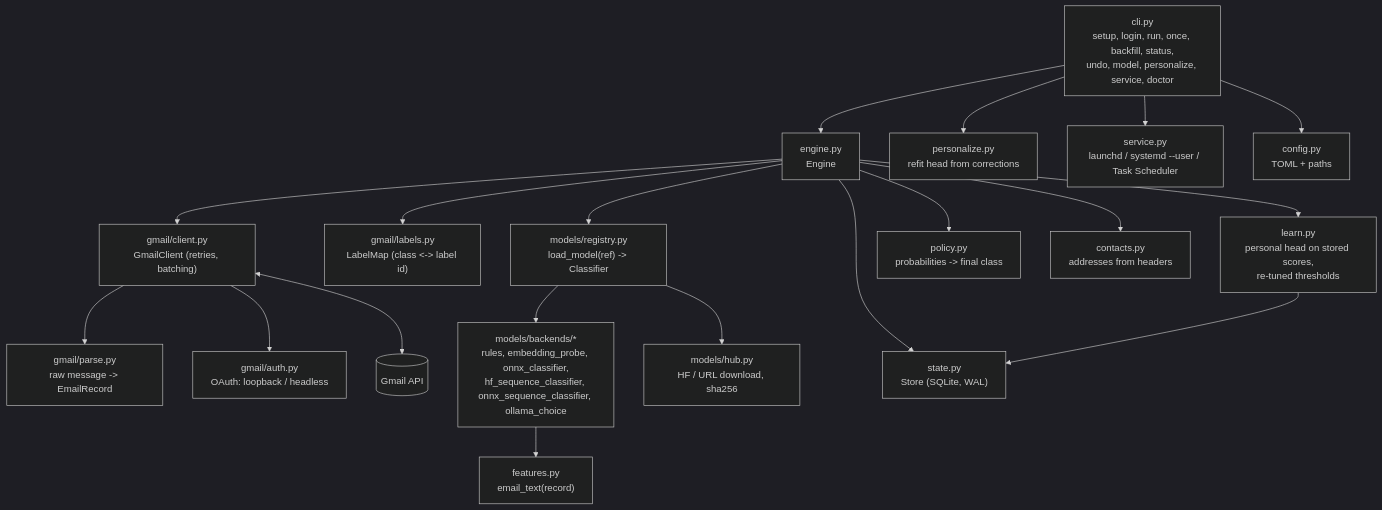
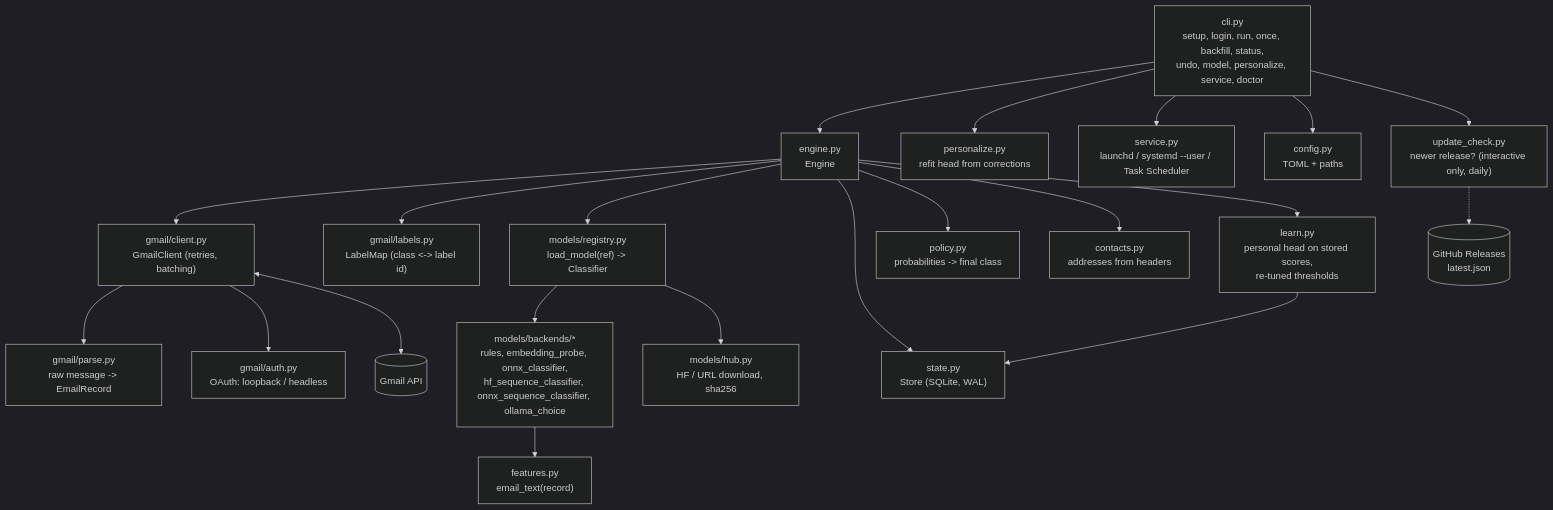
The first of 2 diagrams in docs/architecture.md (scamai/email-town-labeler), drawn with Mermaid (dark theme) before and after one commit. The commit also changed 15 other files, not shown here.

First line of the commit message:
feat: check for a newer release once a day from interactive commands (#7)

````diff
--- a/docs/architecture.md
+++ b/docs/architecture.md
@@ -8,22 +8,24 @@
 ```mermaid
 flowchart TB
   cli["cli.py<br/>setup, login, run, once, backfill, status,<br/>undo, model, personalize, service, doctor"]
   cli --> eng["engine.py<br/>Engine"]
   eng --> gc["gmail/client.py<br/>GmailClient (retries, batching)"]
   eng --> lm["gmail/labels.py<br/>LabelMap (class <-> label id)"]
   eng --> mdl["models/registry.py<br/>load_model(ref) -> Classifier"]
   eng --> st["state.py<br/>Store (SQLite, WAL)"]
   eng --> pol["policy.py<br/>probabilities -> final class"]
   eng --> con["contacts.py<br/>addresses from headers"]
   gc --> parse["gmail/parse.py<br/>raw message -> EmailRecord"]
   gc --> auth["gmail/auth.py<br/>OAuth: loopback / headless"]
   mdl --> be["models/backends/*<br/>rules, embedding_probe, onnx_classifier,<br/>hf_sequence_classifier, onnx_sequence_classifier, ollama_choice"]
   mdl --> hub["models/hub.py<br/>HF / URL download, sha256"]
   be --> feat["features.py<br/>email_text(record)"]
   eng --> lrn["learn.py<br/>personal head on stored scores,<br/>re-tuned thresholds"]
   lrn --> st
   cli --> pers["personalize.py<br/>refit head from corrections"]
   cli --> svc["service.py<br/>launchd / systemd --user / Task Scheduler"]
   cli --> cfg["config.py<br/>TOML + paths"]
+  cli --> upd["update_check.py<br/>newer release? (interactive only, daily)"]
   gc <--> G[("Gmail API")]
+  upd -.-> R[("GitHub Releases<br/>latest.json")]
 ```
````
